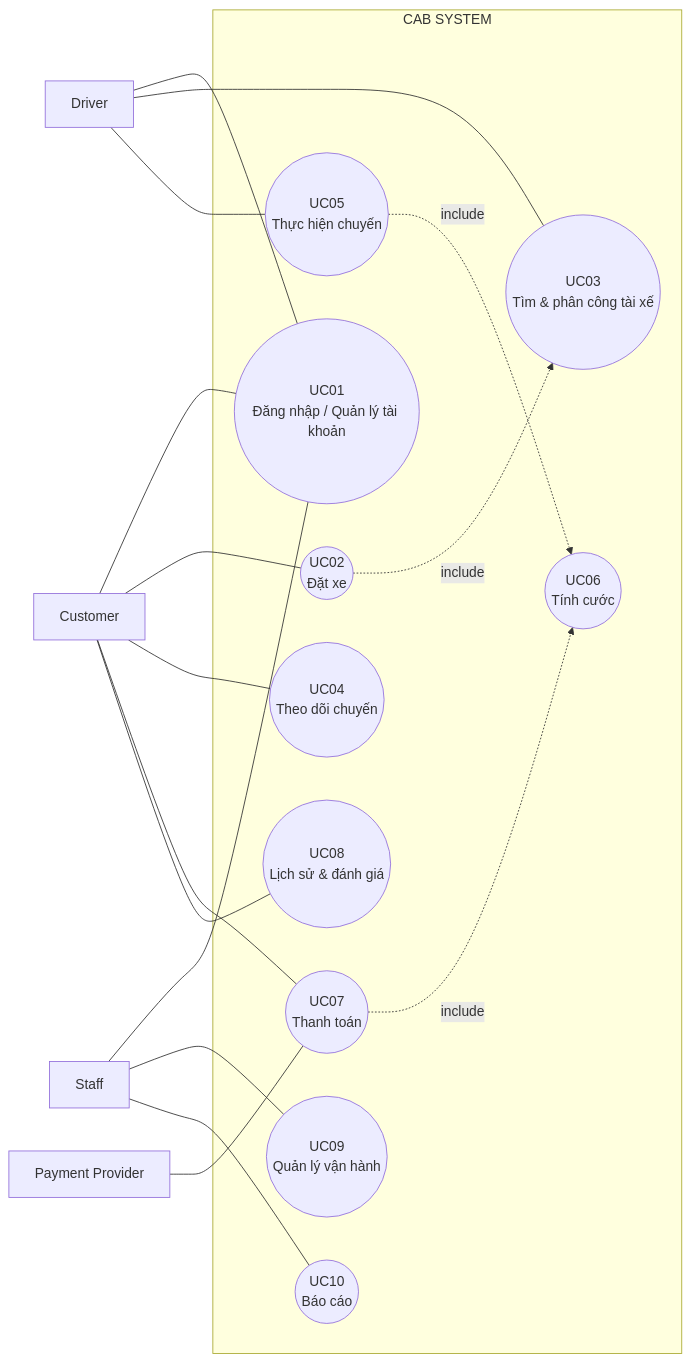
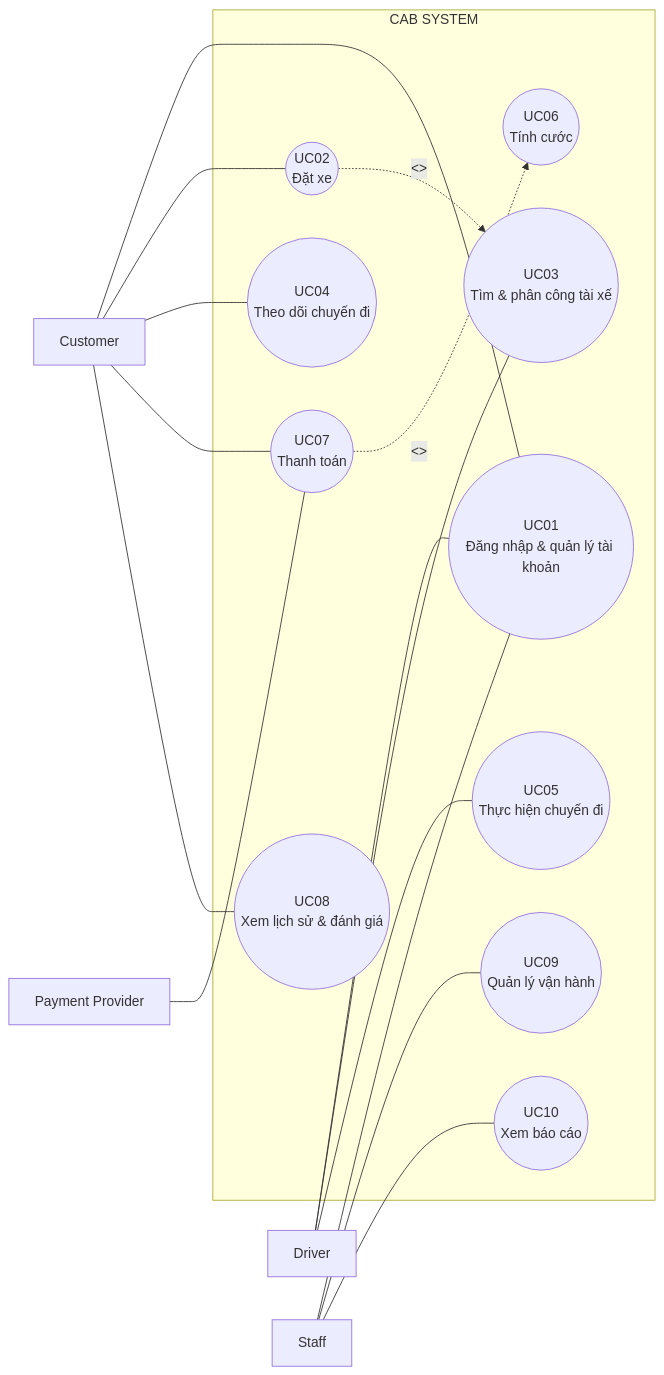
The tenth of 10 diagrams in srs.md (Vy161105/23682161_NguyenNgocYenVy_cabsystem), drawn with Mermaid before and after one commit. The commit also changed other lines of this file, not shown here.

````diff
--- a/srs.md
+++ b/srs.md
@@ -927,41 +1073,42 @@
-```mermaid id="b4u1yr"
+```mermaid
 flowchart LR
 
     C[Customer]
     D[Driver]
     S[Staff]
     P[Payment Provider]
 
     subgraph CAB["CAB SYSTEM"]
-        UC1((UC01<br/>Đăng nhập / Quản lý tài khoản))
+
+        UC1((UC01<br/>Đăng nhập & quản lý tài khoản))
         UC2((UC02<br/>Đặt xe))
         UC3((UC03<br/>Tìm & phân công tài xế))
-        UC4((UC04<br/>Theo dõi chuyến))
-        UC5((UC05<br/>Thực hiện chuyến))
+        UC4((UC04<br/>Theo dõi chuyến đi))
+        UC5((UC05<br/>Thực hiện chuyến đi))
         UC6((UC06<br/>Tính cước))
         UC7((UC07<br/>Thanh toán))
-        UC8((UC08<br/>Lịch sử & đánh giá))
+        UC8((UC08<br/>Xem lịch sử & đánh giá))
         UC9((UC09<br/>Quản lý vận hành))
-        UC10((UC10<br/>Báo cáo))
+        UC10((UC10<br/>Xem báo cáo))
+
     end
 
     C --- UC1
     C --- UC2
     C --- UC4
     C --- UC7
     C --- UC8
 
     D --- UC1
     D --- UC3
     D --- UC5
 
     S --- UC1
     S --- UC9
     S --- UC10
 
     P --- UC7
 
-    UC2 -.->|include| UC3
-    UC5 -.->|include| UC6
-    UC7 -.->|include| UC6
+    UC2 -.->|<<include>>| UC3
+    UC7 -.->|<<include>>| UC6
 ```
````
